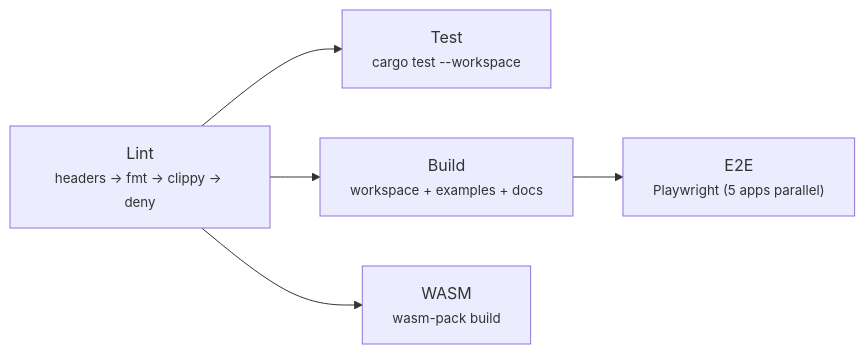
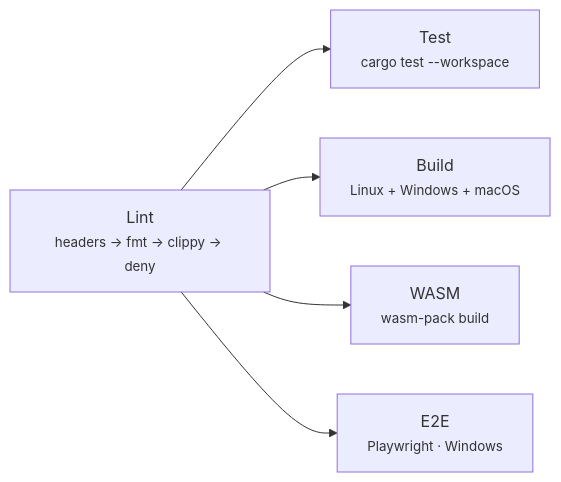
The diagram in README.md (microsoft/webui), drawn with Mermaid before and after one commit. The commit also changed other lines of this file and 1 other file, not shown here.

First line of the commit message:
feat(ci): matrix build (Linux/Windows/macOS) + Windows-only E2E

````diff
--- a/README.md
+++ b/README.md
@@ -55,13 +55,13 @@
 ```mermaid
 graph LR
     lint["Lint<br/><small>headers → fmt → clippy → deny</small>"]
     test["Test<br/><small>cargo test --workspace</small>"]
-    build["Build<br/><small>workspace + examples + docs</small>"]
+    build["Build<br/><small>Linux + Windows + macOS</small>"]
     wasm["WASM<br/><small>wasm-pack build</small>"]
-    e2e["E2E<br/><small>Playwright (5 apps parallel)</small>"]
+    e2e["E2E<br/><small>Playwright · Windows</small>"]
 
     lint --> test
     lint --> build
     lint --> wasm
-    build --> e2e
+    lint --> e2e
 ```
````
